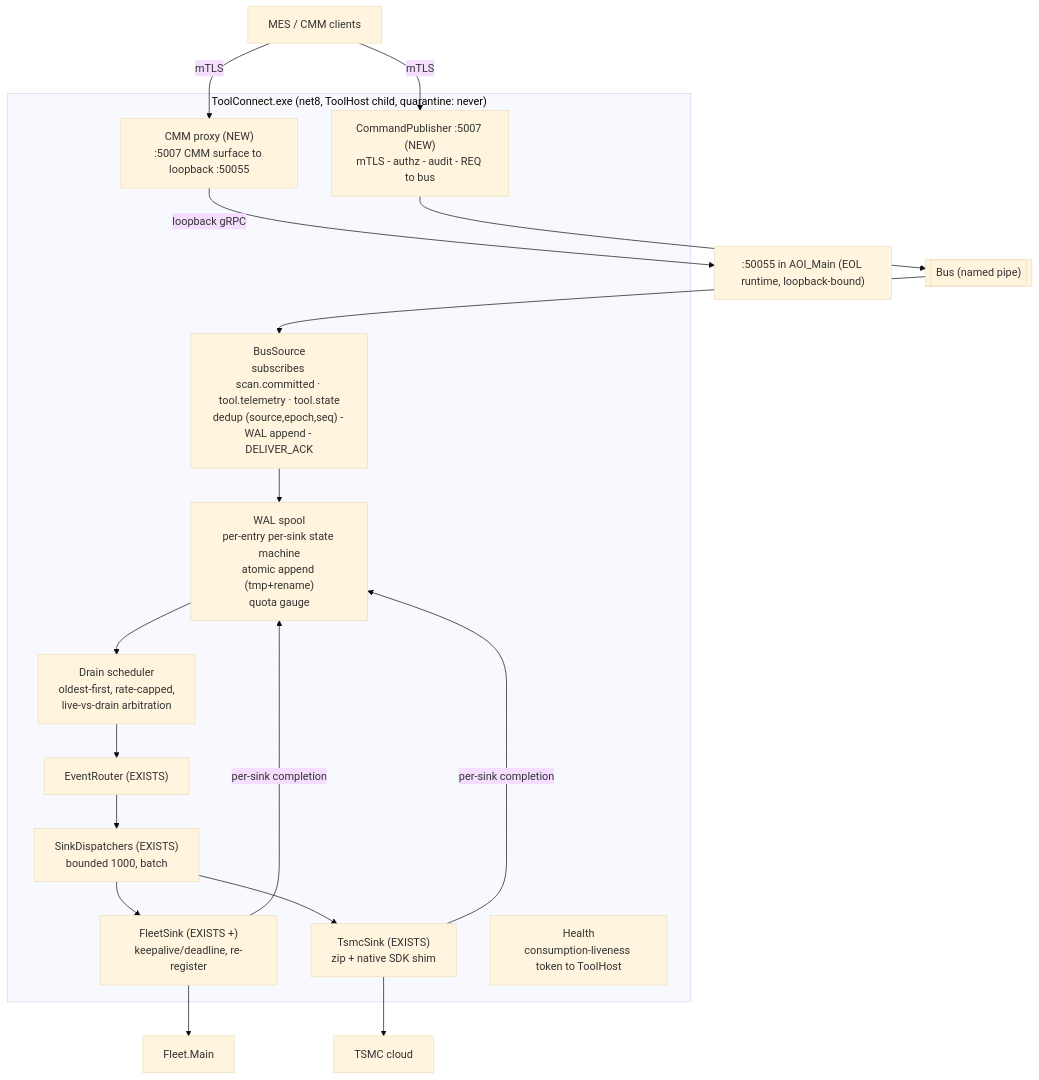
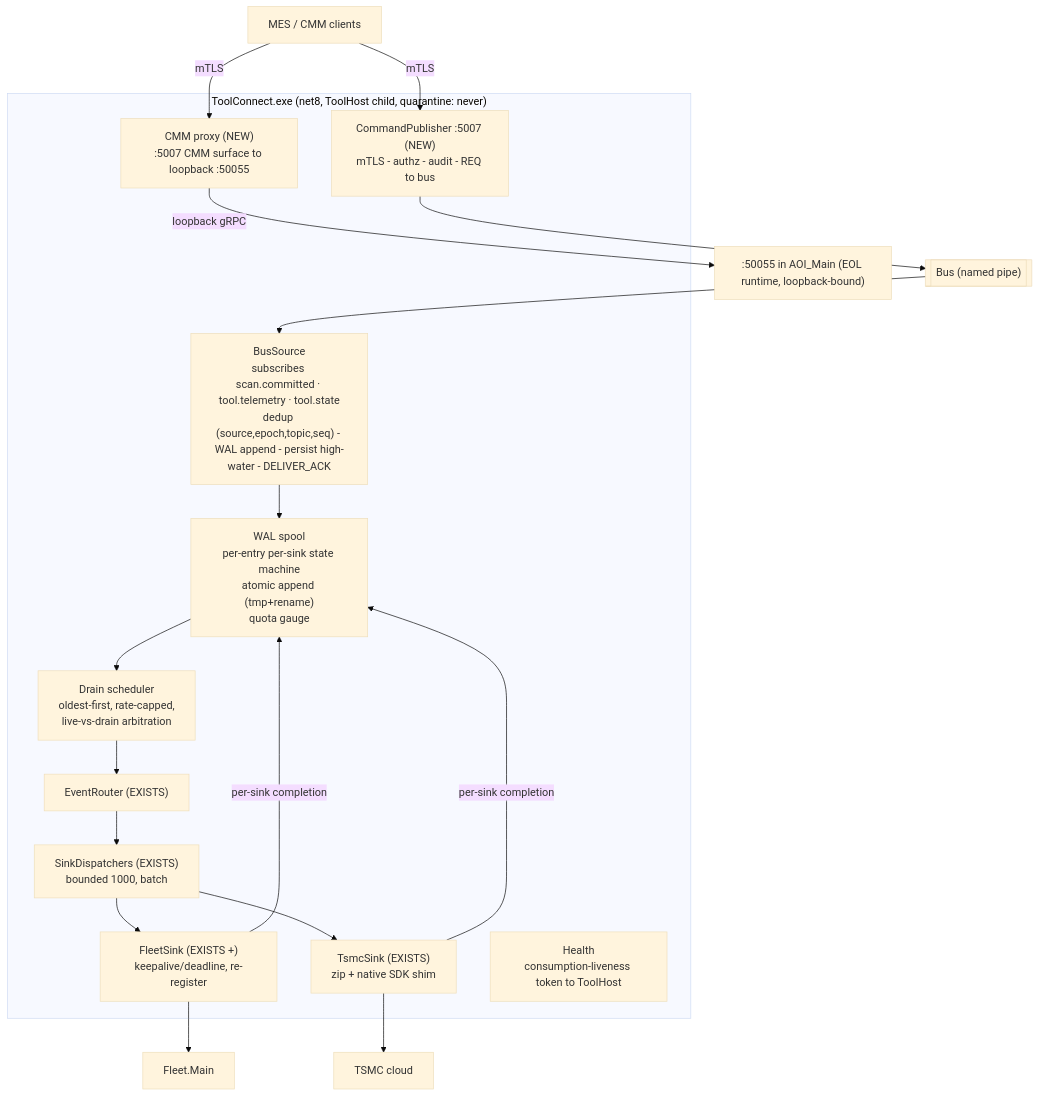
The first of 3 diagrams in stage/07-toolconnect-design.md (amitA-camtek/bus_gateway), drawn with Mermaid (base theme) before and after one commit. The commit also changed other lines of this file and 20 other files, not shown here.

````diff
--- a/stage/07-toolconnect-design.md
+++ b/stage/07-toolconnect-design.md
@@ -18,26 +18,26 @@
 ```mermaid
 flowchart TB
     BUS[["Bus (named pipe)"]]
     subgraph TC["ToolConnect.exe (net8, ToolHost child, quarantine: never)"]
-        BS["BusSource\nsubscribes scan.committed · tool.telemetry · tool.state\ndedup (source,epoch,seq) - WAL append - DELIVER_ACK"]
+        BS["BusSource\nsubscribes scan.committed · tool.telemetry · tool.state\ndedup (source,epoch,topic,seq) - WAL append - persist high-water - DELIVER_ACK"]
         WAL["WAL spool\nper-entry per-sink state machine\natomic append (tmp+rename)\nquota gauge"]
         DR["Drain scheduler\noldest-first, rate-capped,\nlive-vs-drain arbitration"]
         ER["EventRouter (EXISTS)"]
         SD["SinkDispatchers (EXISTS)\nbounded 1000, batch"]
         FS["FleetSink (EXISTS +)\nkeepalive/deadline, re-register"]
         TS["TsmcSink (EXISTS)\nzip + native SDK shim"]
         CP["CommandPublisher :5007 (NEW)\nmTLS - authz - audit - REQ to bus"]
         PRX["CMM proxy (NEW)\n:5007 CMM surface to loopback :50055"]
         HB["Health\nconsumption-liveness token to ToolHost"]
     end
     FLEET["Fleet.Main"]
     TSMC["TSMC cloud"]
     MES["MES / CMM clients"]
 
     BUS --> BS --> WAL --> DR --> ER --> SD
     SD --> FS --> FLEET
     SD --> TS --> TSMC
     MES -->|mTLS| CP --> BUS
     MES -->|mTLS| PRX -->|"loopback gRPC"| AOI[":50055 in AOI_Main (EOL runtime, loopback-bound)"]
     FS & TS -->|"per-sink completion"| WAL
 ```
````
